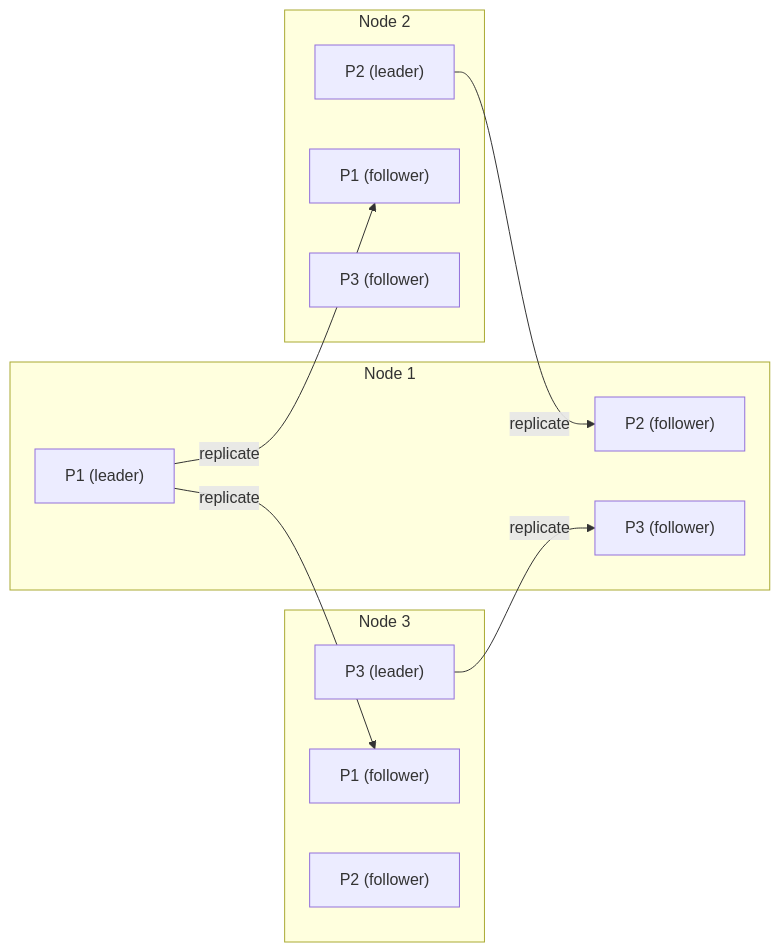
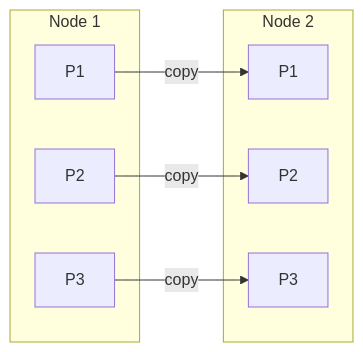
One commit to aaryan-pradhan/core-cs-fundamentals changed the diagram in hld/20-partitioning.md. Above: the diagram before and after it, drawn with Mermaid. The commit also changed other lines of this file, not shown here.

````diff
--- a/hld/20-partitioning.md
+++ b/hld/20-partitioning.md
@@ -21,22 +25,16 @@
 ```mermaid
 flowchart LR
     subgraph N1["Node 1"]
-        A1["P1 (leader)"]
-        A2["P2 (follower)"]
-        A3["P3 (follower)"]
+        A1["P1"]
+        A2["P2"]
+        A3["P3"]
     end
     subgraph N2["Node 2"]
-        B2["P2 (leader)"]
-        B1["P1 (follower)"]
-        B3["P3 (follower)"]
+        B1["P1"]
+        B2["P2"]
+        B3["P3"]
     end
-    subgraph N3["Node 3"]
-        C3["P3 (leader)"]
-        C1["P1 (follower)"]
-        C2["P2 (follower)"]
-    end
-    A1 -->|"replicate"| B1
-    A1 -->|"replicate"| C1
-    B2 -->|"replicate"| A2
-    C3 -->|"replicate"| A3
+    A1 -->|"copy"| B1
+    A2 -->|"copy"| B2
+    A3 -->|"copy"| B3
 ```
````
